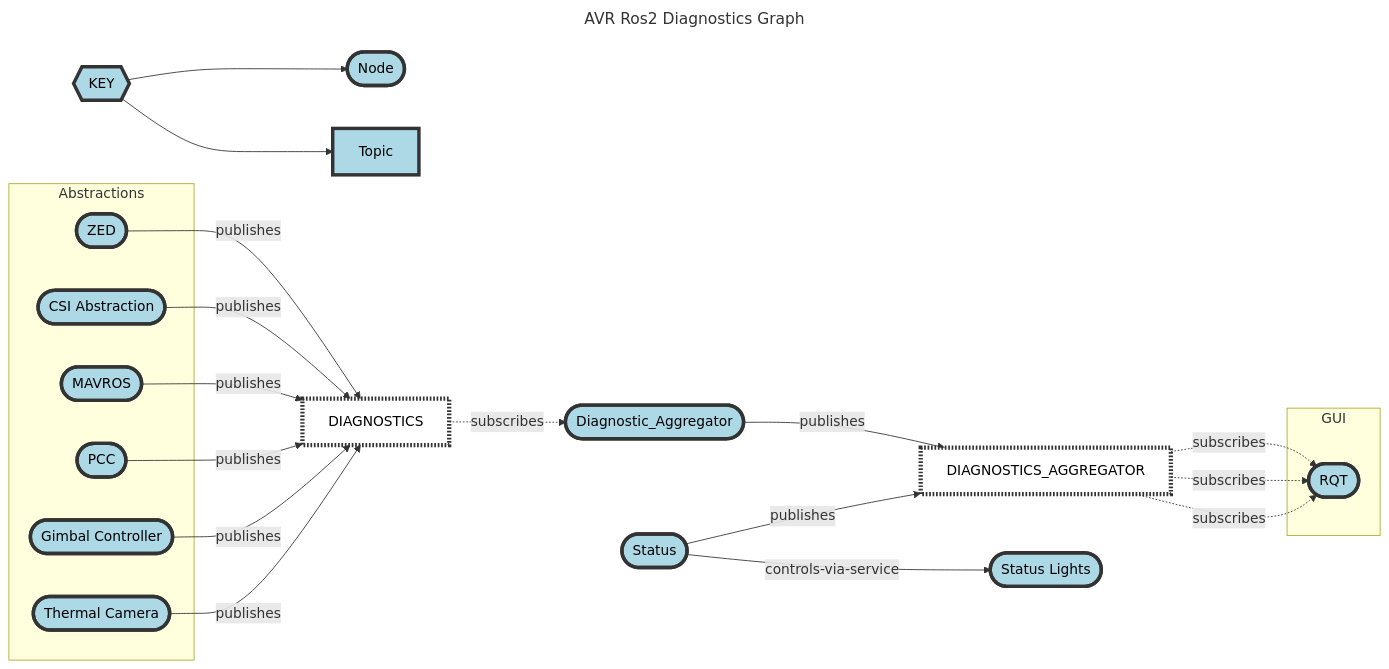
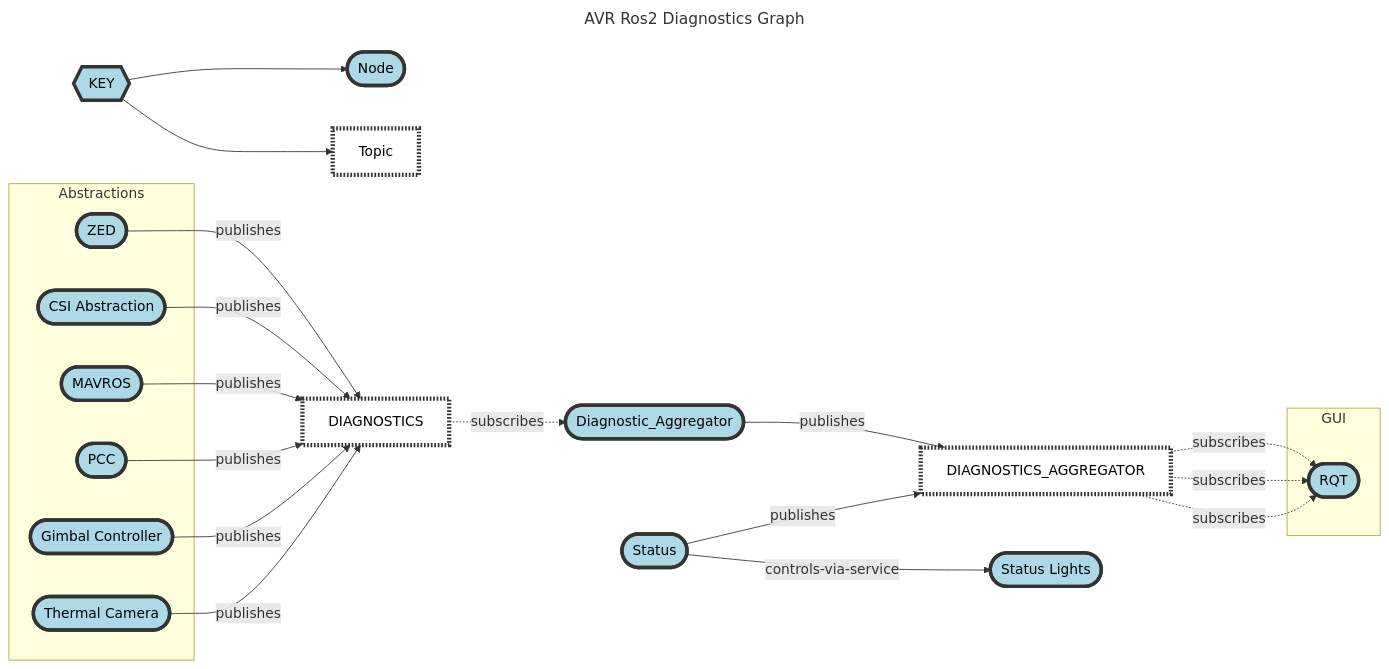
The diagram in README.md (Daedalus-Robotics/avr_2023_documentation), drawn with Mermaid before and after one commit.

````diff
--- a/README.md
+++ b/README.md
@@ -1,51 +1,51 @@
 ```mermaid
 ---
 title: AVR Ros2 Diagnostics Graph
 ---
 flowchart LR
     
     classDef node fill:lightBlue,color:black,stroke:#333,stroke-width:4px
     classDef topic fill:white,color:black,stroke:#333,stroke-width:5px, stroke-dasharray: 2 2
 
-    legend{{KEY}}-->i1([Node])
-    legend-->i2[Topic]
+    legend{{KEY}}-->i1([Node]):::node
+    legend-->i2[Topic]:::topic
     
     diagnostics_topic[DIAGNOSTICS]:::topic
     diag_agg([Diagnostic_Aggregator])
     diag_agg_topic[DIAGNOSTICS_AGGREGATOR]:::topic
     status_node([Status])
     status_lights([Status Lights])
     RQT/GUI([RQT])
     
     zed([ZED])
     
    
     
     subgraph Abstractions 
         zed
         CSI_abs
         Mavros
         PCC
         gimcont
         themcam
     end
     
     subgraph GUI 
         RQT/GUI
     end
     
     zed --publishes-->diagnostics_topic
     CSI_abs([CSI Abstraction]) --publishes-->diagnostics_topic
     Mavros([MAVROS]) --publishes-->diagnostics_topic
     PCC([PCC]) --publishes-->diagnostics_topic
     gimcont([Gimbal Controller]) --publishes-->diagnostics_topic
     themcam([Thermal Camera]) --publishes-->diagnostics_topic
     diagnostics_topic -. subscribes .->diag_agg
     diag_agg --publishes-->diag_agg_topic
     status_node --publishes-->diag_agg_topic
     status_node --controls-via-service-->status_lights
     diag_agg_topic -. subscribes .-> RQT/GUI
     diag_agg_topic -. subscribes .-> RQT/GUI
     diag_agg_topic -. subscribes .-> RQT/GUI 
 
 ```
````
